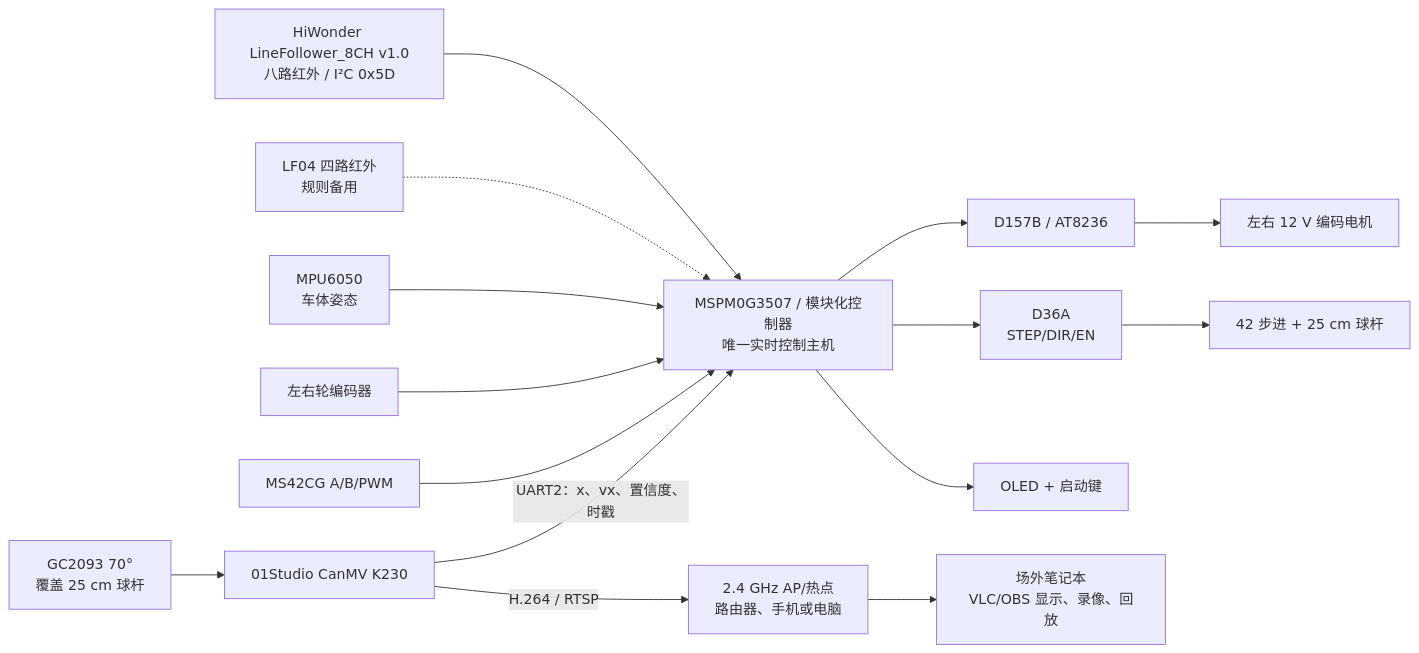
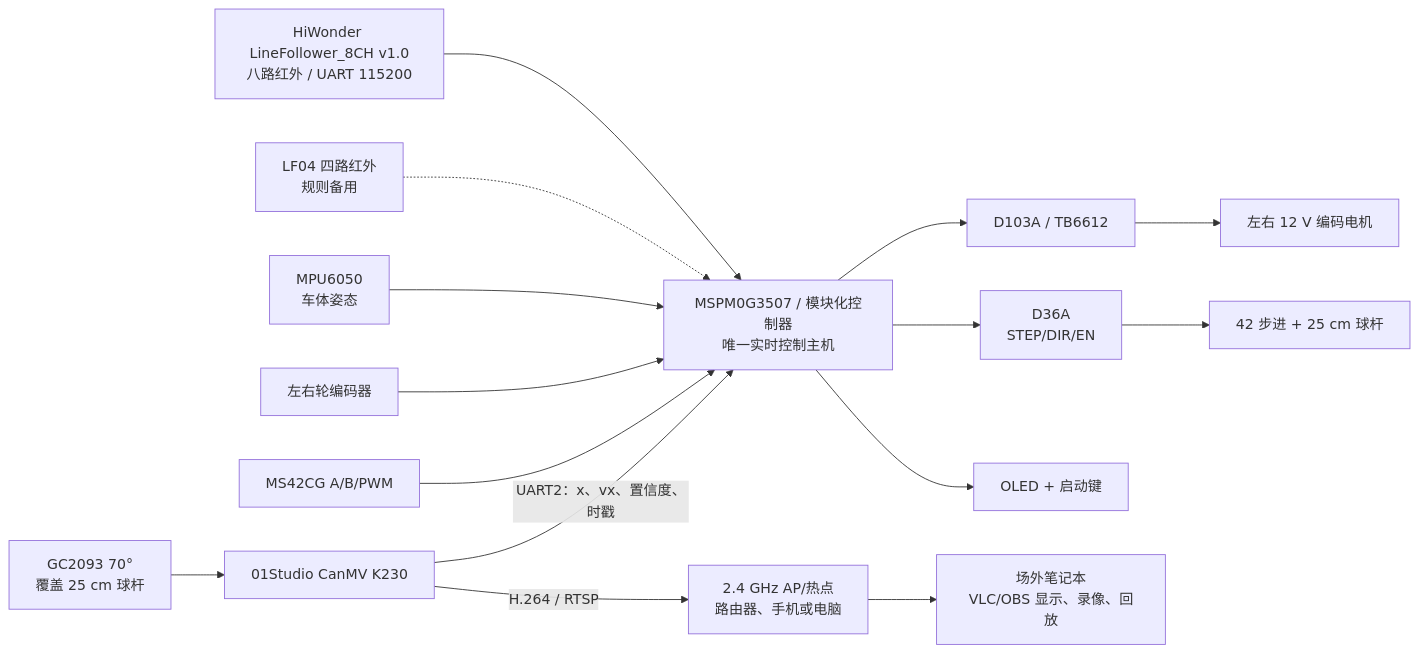
The first of 2 diagrams in README.md (Cris7z/ElectronicDesignContest2026), drawn with Mermaid before and after one commit. The commit also changed other lines of this file and 22 other files, not shown here.

````diff
--- a/README.md
+++ b/README.md
@@ -26,19 +26,19 @@
 ```mermaid
 flowchart LR
-    LINE8["HiWonder LineFollower_8CH v1.0\n八路红外 / I²C 0x5D"] --> MCU["MSPM0G3507 / 模块化控制器\n唯一实时控制主机"]
+    LINE8["HiWonder LineFollower_8CH v1.0\n八路红外 / UART 115200"] --> MCU["MSPM0G3507 / 模块化控制器\n唯一实时控制主机"]
     LF["LF04 四路红外\n规则备用"] -.-> MCU
     IMU["MPU6050\n车体姿态"] --> MCU
     WE["左右轮编码器"] --> MCU
     BE["MS42CG A/B/PWM"] --> MCU
 
     CAM["GC2093 70°\n覆盖 25 cm 球杆"] --> K230["01Studio CanMV K230"]
     K230 -->|"UART2：x、vx、置信度、时戳"| MCU
     K230 -->|"H.264 / RTSP"| AP["2.4 GHz AP/热点\n路由器、手机或电脑"]
     AP --> PC["场外笔记本\nVLC/OBS 显示、录像、回放"]
 
-    MCU --> D157["D157B / AT8236"]
-    D157 --> WHEEL["左右 12 V 编码电机"]
+    MCU --> TB["D103A / TB6612"]
+    TB --> WHEEL["左右 12 V 编码电机"]
     MCU --> D36["D36A\nSTEP/DIR/EN"]
     D36 --> BEAM["42 步进 + 25 cm 球杆"]
     MCU --> UI["OLED + 启动键"]
 ```
````
